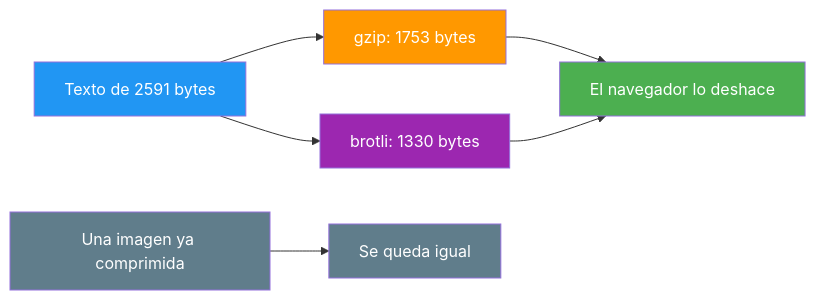
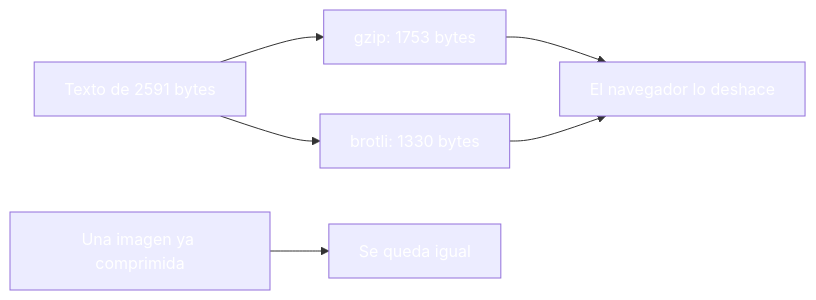
One commit to joseluisgs/DesarrolloWebEntornosServidor-03-2026-2027 changed the fifth of 6 diagrams in 21-optimizacion-rendimiento.md. Above: the diagram before and after it, drawn with Mermaid. The commit also changed other lines of this file and 30 other files, not shown here.

````diff
--- a/21-optimizacion-rendimiento.md
+++ b/21-optimizacion-rendimiento.md
@@ -266,14 +266,14 @@
 ```mermaid
 graph LR
     T["Texto de 2591 bytes"] --> G["gzip: 1753 bytes"]
     T --> B["brotli: 1330 bytes"]
     G --> N["El navegador lo deshace"]
     B --> N
     I["Una imagen ya comprimida"] --> S["Se queda igual"]
-    style T fill:#2196F3,color:#fff
-    style G fill:#FF9800,color:#fff
-    style B fill:#9C27B0,color:#fff
-    style N fill:#4CAF50,color:#fff
-    style I fill:#607D8B,color:#fff
-    style S fill:#607D8B,color:#fff
+    style T fill:#2196F,color:#fff3,color:#fff
+    style G fill:#FF980,color:#fff0,color:#fff
+    style B fill:#9C27B,color:#fff0,color:#fff
+    style N fill:#4CAF5,color:#fff0,color:#fff
+    style I fill:#607D8,color:#fffB,color:#fff
+    style S fill:#607D8,color:#fffB,color:#fff
 ```
````
